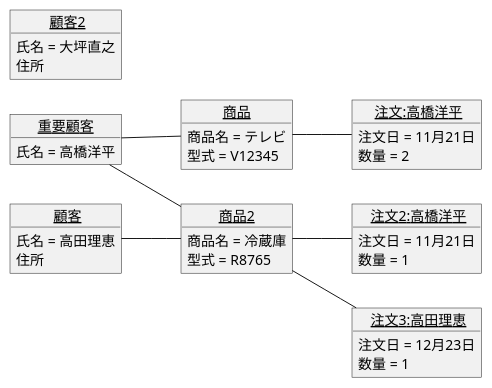
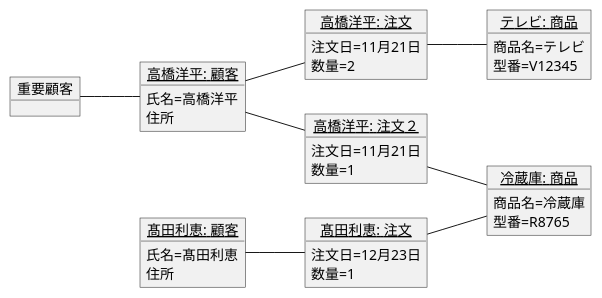
Before and after one commit to Nshikawakazuki/uml-intr: the diagram in 演習3-7_OBJ_注文のオブジェクト図.pu, drawn with PlantUML.

```diff
--- a/演習3-7_OBJ_注文のオブジェクト図.pu
+++ b/演習3-7_OBJ_注文のオブジェクト図.pu
@@ -1,41 +1,42 @@
 @startuml 家電
 left to right direction
-object "<u>重要顧客</u>" as imuser {
-氏名 = 高橋洋平
+object 重要顧客 {
+
 }
-object "<u> 注文:高橋洋平</u>" as order {
-注文日 = 11月21日
-数量 = 2
-}
-object "<u> 注文2:高橋洋平</u>" as order2 {
-注文日 = 11月21日
-数量 = 1
-}
-object "<u> 注文3:高田理恵</u>" as order3 {
-注文日 = 12月23日
-数量 = 1
-}
-object "<u>商品</u>" as mer {
-商品名 = テレビ
-型式 = V12345
-}
-object "<u>商品2</u>" as mer2 {
-商品名 = 冷蔵庫
-型式 = R8765
-}
-object "<u> 顧客</u>" as user {
-氏名 = 高田理恵
+object "<u>高橋洋平: 顧客</u>" as ta {
+氏名=高橋洋平
 住所
 }
-object "<u> 顧客2</u>" as user2 {
-氏名 = 大坪直之
+object "<u>髙田利恵: 顧客</u>" as ri {
+氏名=髙田利恵
 住所
 }
 
-imuser -- mer
-imuser -- mer2
-mer -- order
-mer2 -- order2
-user -- mer2
-mer2 -- order3 
+object "<u>テレビ: 商品</u>" as tv {
+商品名=テレビ
+型番=V12345
+}
+object "<u>冷蔵庫: 商品</u>" as co {
+商品名=冷蔵庫
+型番=R8765
+}
+object "<u>高橋洋平: 注文</u>" as th1 {
+注文日=11月21日
+数量=2
+}
+object "<u>高橋洋平: 注文２</u>" as th2 {
+注文日=11月21日
+数量=1
+}
+object "<u>髙田利恵: 注文</u>" as th3 {
+注文日=12月23日
+数量=1
+}
+重要顧客 -- ta
+ta -- th1
+th1 -- tv
+ri -- th3
+th3 -- co
+ta -- th2
+th2 --co
 @enduml
```
